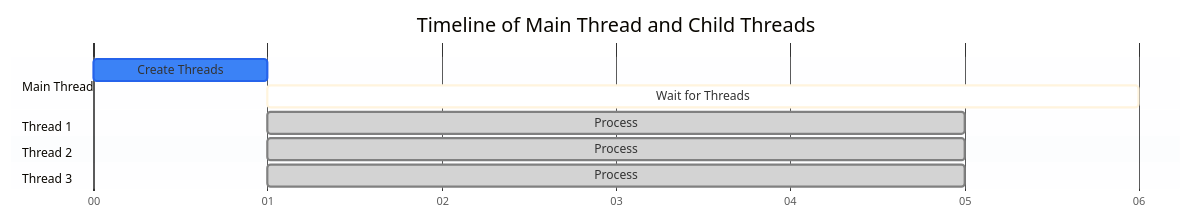
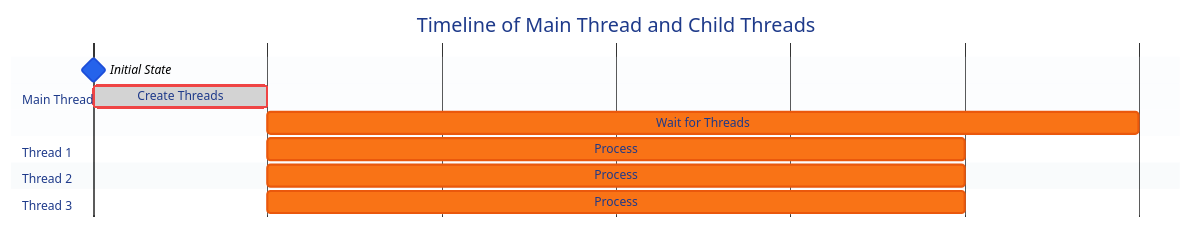
Before and after one commit to rain1024/python-adventure: the second of 2 diagrams in README.md, drawn with Mermaid.

````diff
--- a/README.md
+++ b/README.md
@@ -89,38 +89,53 @@
 ```mermaid
 gantt
     title Timeline of Main Thread and Child Threads
     dateFormat s
     axisFormat %S
     tickInterval 1second
 
+    %% Colors from Tailwind CSS
+    %% Main Thread - Blue
     section Main Thread
-    Create Threads :crit, a1, 0, 1s
+    Initial State :milestone, m0, 0, 0s
+    Create Threads :crit, done, a1, 0, 1s
     Wait for Threads :active, a2, after a1, 5s
 
+    %% Thread 1 - Red
     section Thread 1
-    Process :done, t1, after a1, 4s
+    Process :active, t1, after a1, 4s
 
+    %% Thread 2 - Orange
     section Thread 2
-    Process :done, t2, after a1, 4s
+    Process :active, t2, after a1, 4s
 
+    %% Thread 3 - Yellow
     section Thread 3
-    Process :done, t3, after a1, 4s
+    Process :active, t3, after a1, 4s
 
-    %%{init: { 
+    %% Styling
+    %%{ init: { 
         'theme': 'base',
         'themeVariables': {
-            'critBorderColor': '#2563eb',
-            'critBkgColor': '#3b82f6',
-            'activeBorderColor': '#2563eb',
-            'activeBkgColor': '#3b82f6',
-            'doneBorderColor': '#dc2626',
-            'doneBkgColor': '#ef4444',
-            'sectionBkgColor': '#f8fafc',
-            'sectionBkgColor2': '#f1f5f9',
-            'altSectionBkgColor': '#f8fafc',
-            'todayLineColor': '#475569',
-            'gridColor': '#cbd5e1',
-            'lineWidth': '1px'
+            'primaryColor': '#2563eb',
+            'primaryTextColor': '#ffffff',
+            'primaryBorderColor': '#1d4ed8',
+            'secondaryColor': '#3b82f6',
+            'secondaryTextColor': '#ffffff',
+            'secondaryBorderColor': '#2563eb',
+            'tertiaryColor': '#60a5fa',
+            'tertiaryTextColor': '#1e3a8a',
+            'tertiaryBorderColor': '#3b82f6',
+            'critBorderColor': '#ef4444',
+            'critBkgColor': '#dc2626',
+            'activeTaskBkgColor': '#f97316',
+            'activeTaskBorderColor': '#ea580c',
+            'taskTextColor': '#ffffff',
+            'taskTextOutsideColor': '#000000',
+            'taskTextLightColor': '#ffffff',
+            'taskTextDarkColor': '#1e3a8a',
+            'sectionBkgColor': '#f1f5f9',
+            'sectionBkgColor2': '#e2e8f0',
+            'todayLineColor': '#94a3b8'
         }
-    }}%%
+    } }%%
 ```
````
